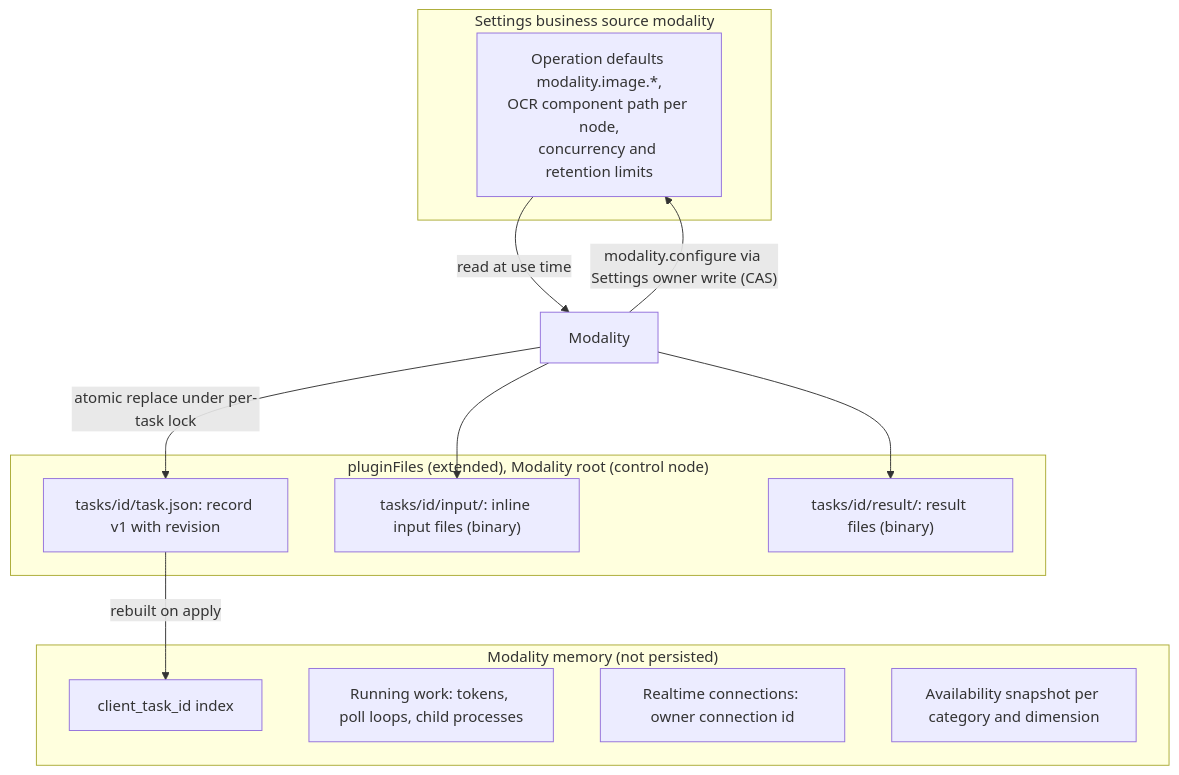
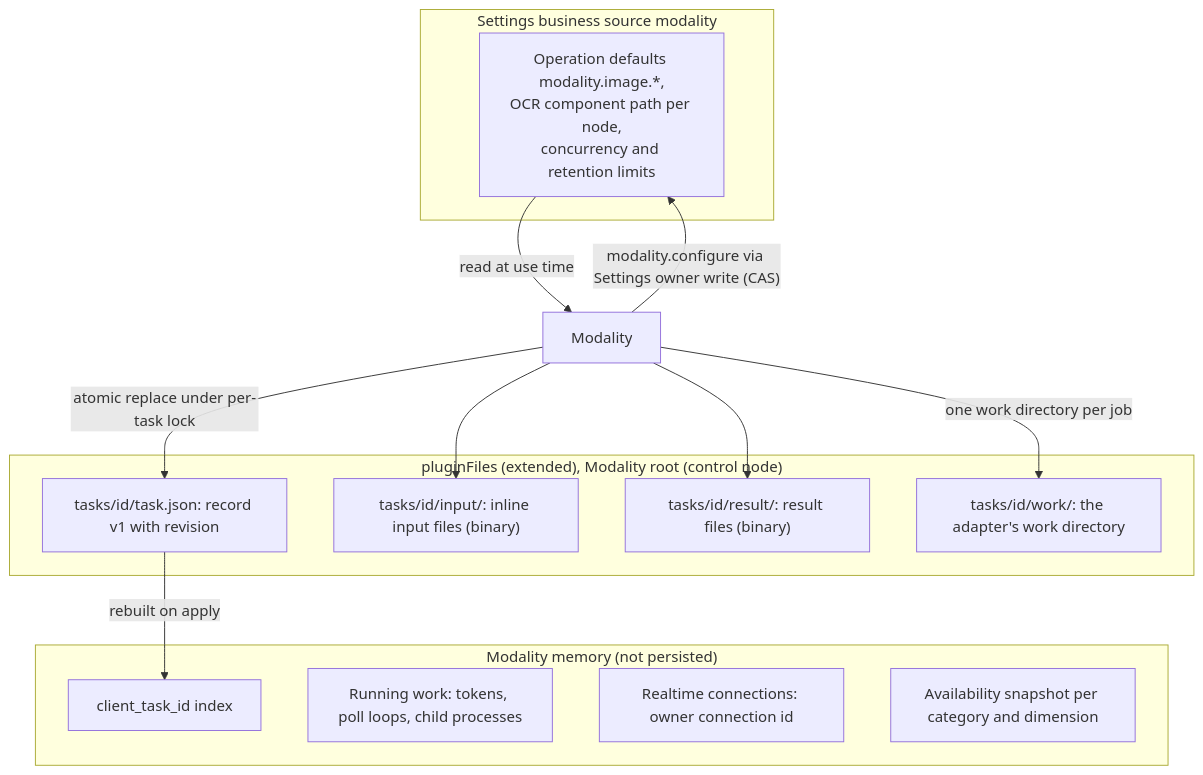
The second of 6 diagrams in docs/design/plugins/Modality.md (CoutinhoTTS/dim-agent), drawn with Mermaid before and after one commit. The commit also changed other lines of this file and 3 other files, not shown here.

````diff
--- a/docs/design/plugins/Modality.md
+++ b/docs/design/plugins/Modality.md
@@ -51,23 +51,25 @@
 ```mermaid
 flowchart TB
   subgraph PS["pluginFiles (extended), Modality root (control node)"]
     Rec["tasks/id/task.json: record v1 with revision"]
     In["tasks/id/input/: inline input files (binary)"]
     Res["tasks/id/result/: result files (binary)"]
+    Work["tasks/id/work/: the adapter's work directory"]
   end
   subgraph SET["Settings business source modality"]
     Cfg["Operation defaults modality.image.*,<br/>OCR component path per node,<br/>concurrency and retention limits"]
   end
   subgraph MEM["Modality memory (not persisted)"]
     Idx["client_task_id index"]
     Run["Running work: tokens, poll loops, child processes"]
     RT["Realtime connections: owner connection id"]
     Av["Availability snapshot per category and dimension"]
   end
   Mod["Modality"] -->|"atomic replace under per-task lock"| Rec
   Mod --> In
   Mod --> Res
+  Mod -->|"one work directory per job"| Work
   Mod -->|"modality.configure via Settings owner write (CAS)"| Cfg
   Rec -->|"rebuilt on apply"| Idx
   Cfg -->|"read at use time"| Mod
 ```
````
